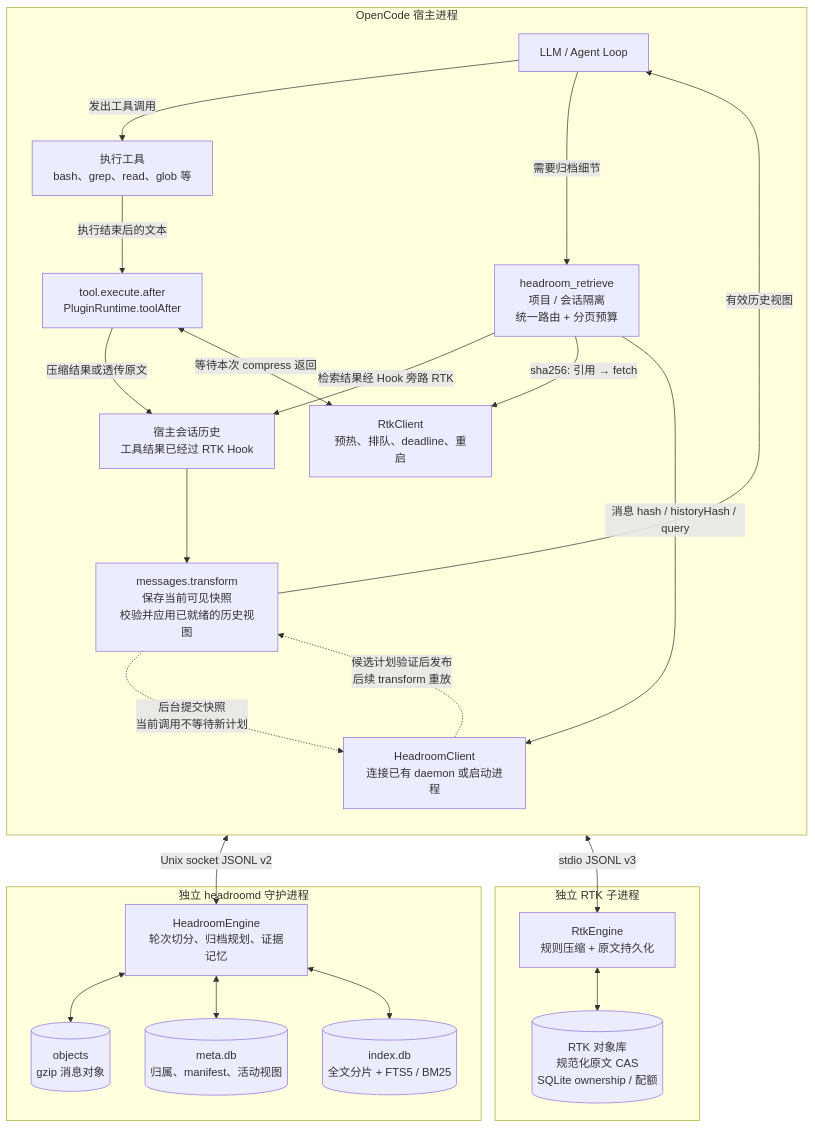
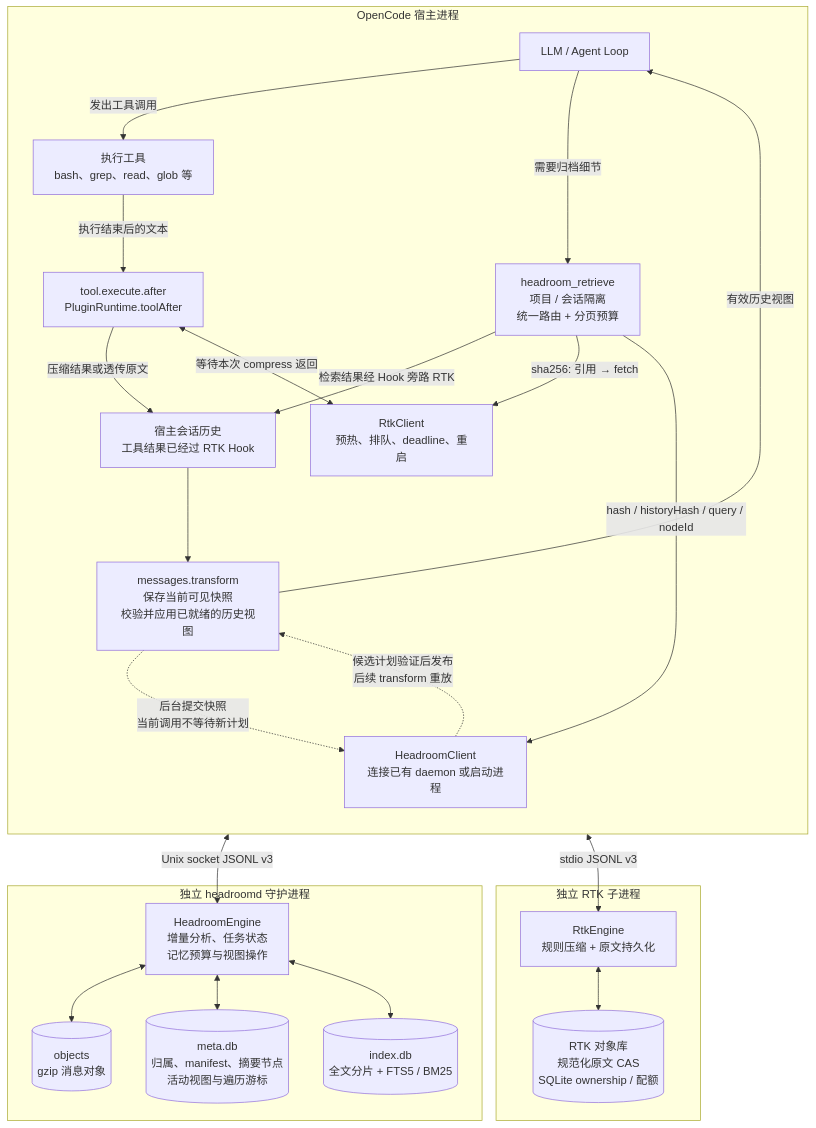
One commit to EthyleneC2H4/Bluecode changed the first of 3 diagrams in README.zh-CN.md. Above: the diagram before and after it, drawn with Mermaid. The commit also changed other lines of this file and 2 other files, not shown here.

Commit message:
docs: refresh headroom architecture and evaluation results

````diff
--- a/README.zh-CN.md
+++ b/README.zh-CN.md
@@ -26,46 +28,46 @@
 ```mermaid
 flowchart TB
     subgraph HOST["OpenCode 宿主进程"]
         direction TB
         LLM["LLM / Agent Loop"]
         TOOL["执行工具<br/>bash、grep、read、glob 等"]
         AFTER["tool.execute.after<br/>PluginRuntime.toolAfter"]
         HISTORY["宿主会话历史<br/>工具结果已经过 RTK Hook"]
         TRANSFORM["messages.transform<br/>保存当前可见快照<br/>校验并应用已就绪的历史视图"]
         RETRIEVE["headroom_retrieve<br/>项目 / 会话隔离<br/>统一路由 + 分页预算"]
         RC["RtkClient<br/>预热、排队、deadline、重启"]
         HC["HeadroomClient<br/>连接已有 daemon 或启动进程"]
 
         LLM -->|"发出工具调用"| TOOL
         TOOL -->|"执行结束后的文本"| AFTER
         AFTER -->|"压缩结果或透传原文"| HISTORY
         HISTORY --> TRANSFORM
         TRANSFORM -->|"有效历史视图"| LLM
         LLM -->|"需要归档细节"| RETRIEVE
         RETRIEVE -->|"检索结果经 Hook 旁路 RTK"| HISTORY
         AFTER <-->|"等待本次 compress 返回"| RC
         TRANSFORM -.->|"后台提交快照<br/>当前调用不等待新计划"| HC
         HC -.->|"候选计划验证后发布<br/>后续 transform 重放"| TRANSFORM
         RETRIEVE -->|"sha256: 引用 → fetch"| RC
-        RETRIEVE -->|"消息 hash / historyHash / query"| HC
+        RETRIEVE -->|"hash / historyHash / query / nodeId"| HC
     end
 
     subgraph RTK["独立 RTK 子进程"]
         RE["RtkEngine<br/>规则压缩 + 原文持久化"]
         RS[("RTK 对象库<br/>规范化原文 CAS<br/>SQLite ownership / 配额")]
         RE <--> RS
     end
 
     subgraph HR["独立 headroomd 守护进程"]
-        HE["HeadroomEngine<br/>轮次切分、归档规划、证据记忆"]
+        HE["HeadroomEngine<br/>增量分析、任务状态<br/>记忆预算与视图操作"]
         HO[("objects<br/>gzip 消息对象")]
-        HM[("meta.db<br/>归属、manifest、活动视图")]
+        HM[("meta.db<br/>归属、manifest、摘要节点<br/>活动视图与遍历游标")]
         HI[("index.db<br/>全文分片 + FTS5 / BM25")]
         HE <--> HO
         HE <--> HM
         HE <--> HI
     end
 
     RC <-->|"stdio JSONL v3"| RE
-    HC <-->|"Unix socket JSONL v2"| HE
+    HC <-->|"Unix socket JSONL v3"| HE
 ```
````
